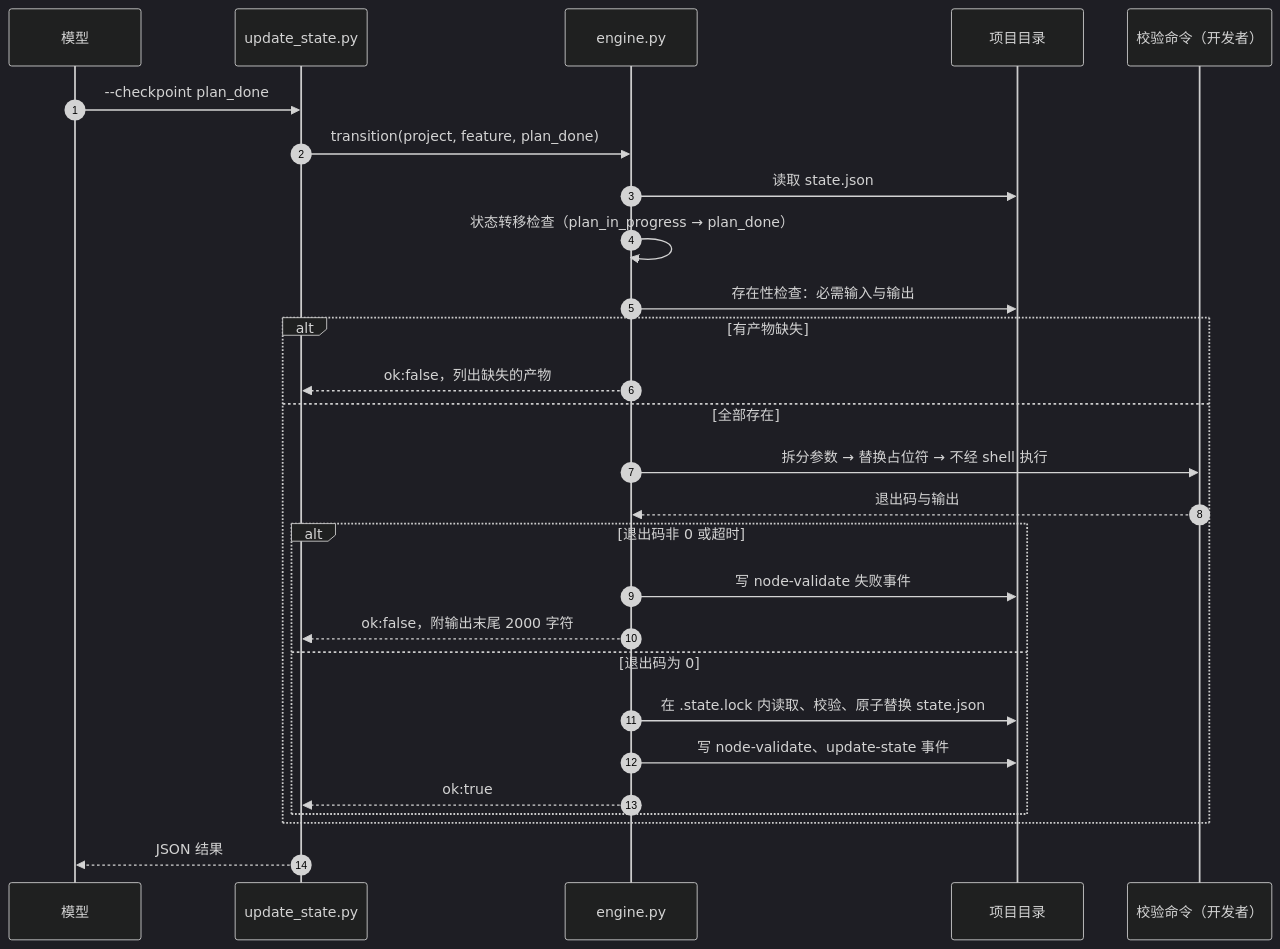
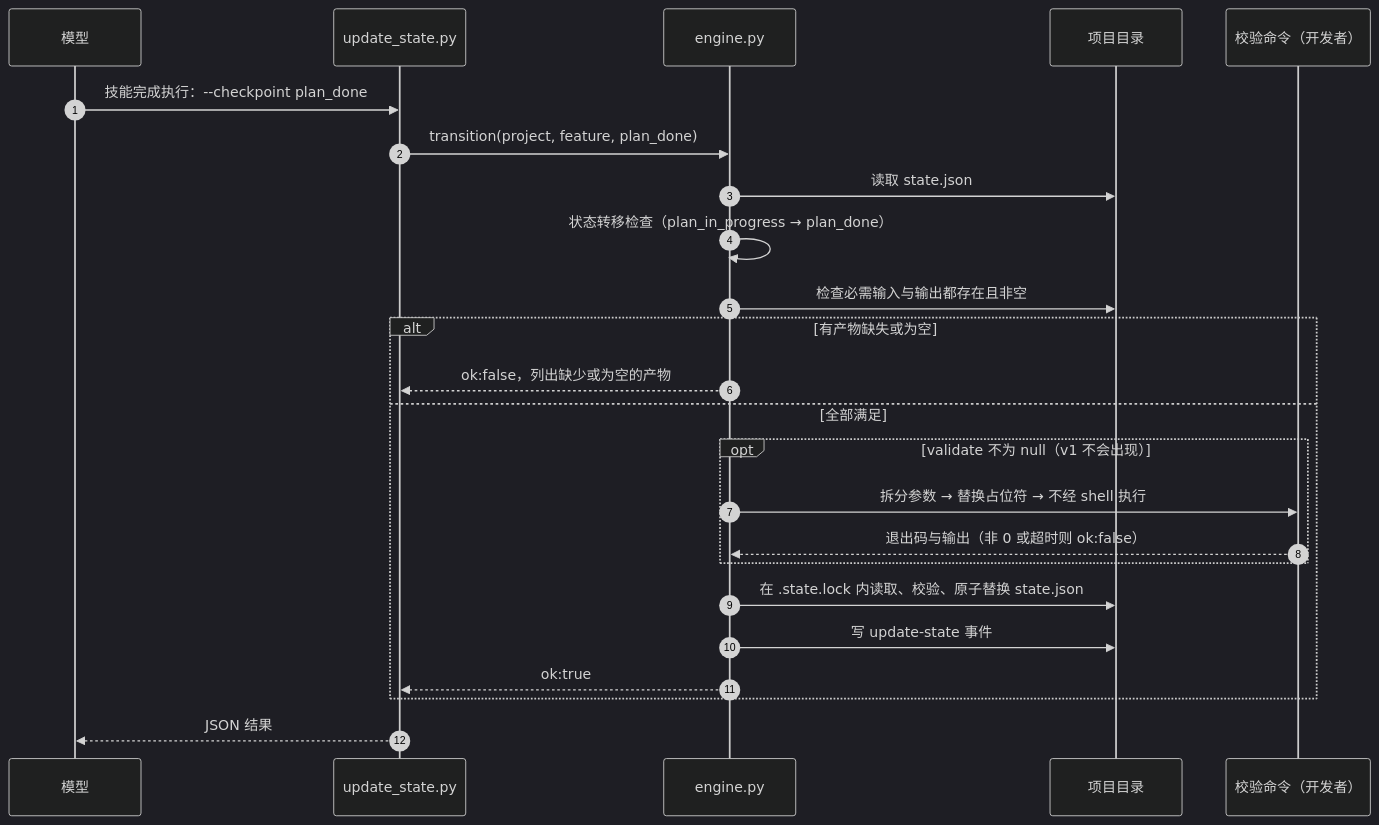
One commit to seikou00/autobizdevops_plugin_creator changed the sixth of 11 diagrams in docs/diagrams.md. Above: the diagram before and after it, drawn with Mermaid (dark theme). The commit also changed other lines of this file and 58 other files, not shown here.

````diff
--- a/docs/diagrams.md
+++ b/docs/diagrams.md
@@ -225,30 +228,27 @@
 ```mermaid
 sequenceDiagram
   autonumber
   participant M as 模型
   participant U as update_state.py
   participant E as engine.py
   participant FS as 项目目录
   participant V as 校验命令（开发者）
 
-  M->>U: --checkpoint plan_done
+  M->>U: 技能完成执行：--checkpoint plan_done
   U->>E: transition(project, feature, plan_done)
   E->>FS: 读取 state.json
   E->>E: 状态转移检查（plan_in_progress → plan_done）
-  E->>FS: 存在性检查：必需输入与输出
-  alt 有产物缺失
-    E-->>U: ok:false，列出缺失的产物
-  else 全部存在
-    E->>V: 拆分参数 → 替换占位符 → 不经 shell 执行
-    V-->>E: 退出码与输出
-    alt 退出码非 0 或超时
-      E->>FS: 写 node-validate 失败事件
-      E-->>U: ok:false，附输出末尾 2000 字符
-    else 退出码为 0
-      E->>FS: 在 .state.lock 内读取、校验、原子替换 state.json
-      E->>FS: 写 node-validate、update-state 事件
-      E-->>U: ok:true
+  E->>FS: 检查必需输入与输出都存在且非空
+  alt 有产物缺失或为空
+    E-->>U: ok:false，列出缺少或为空的产物
+  else 全部满足
+    opt validate 不为 null（v1 不会出现）
+      E->>V: 拆分参数 → 替换占位符 → 不经 shell 执行
+      V-->>E: 退出码与输出（非 0 或超时则 ok:false）
     end
+    E->>FS: 在 .state.lock 内读取、校验、原子替换 state.json
+    E->>FS: 写 update-state 事件
+    E-->>U: ok:true
   end
   U-->>M: JSON 结果
 ```
````
